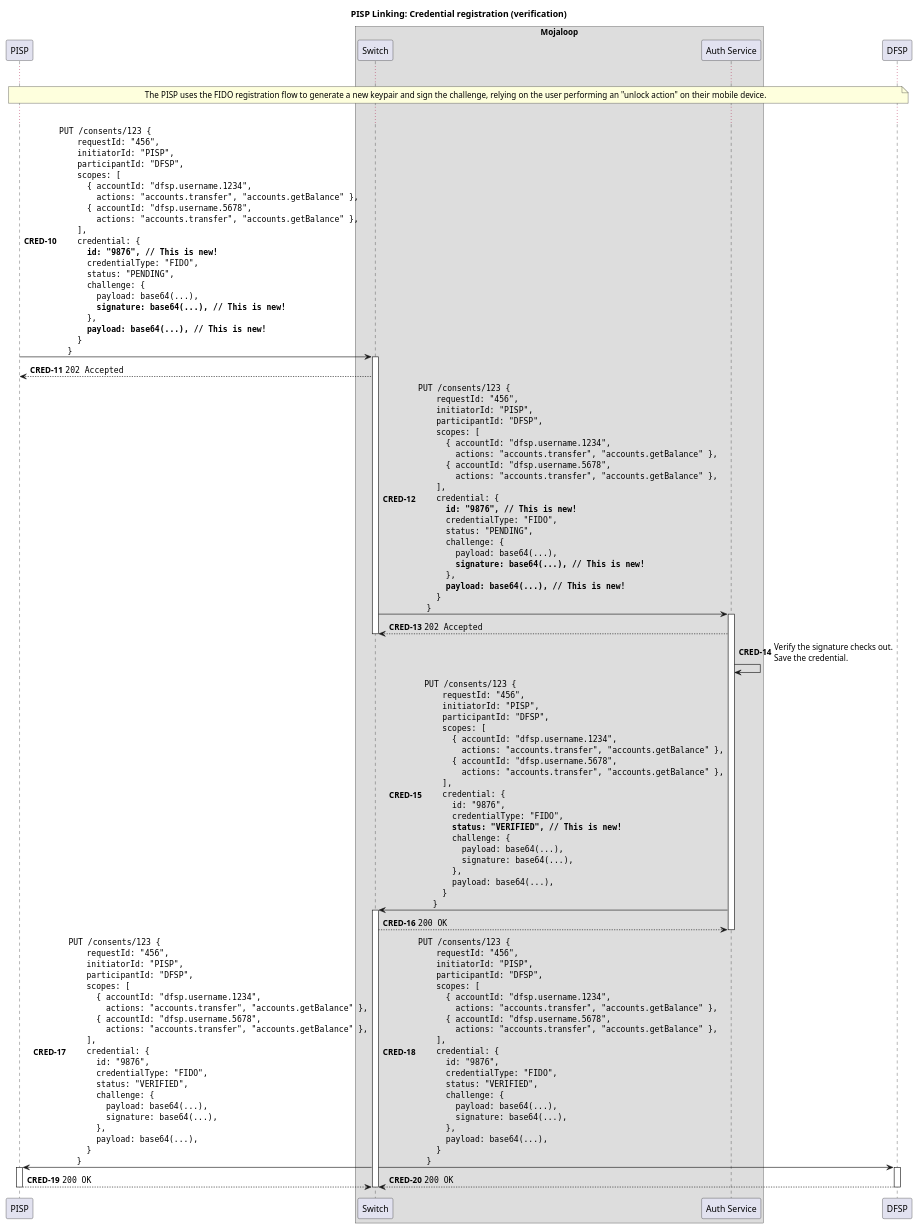
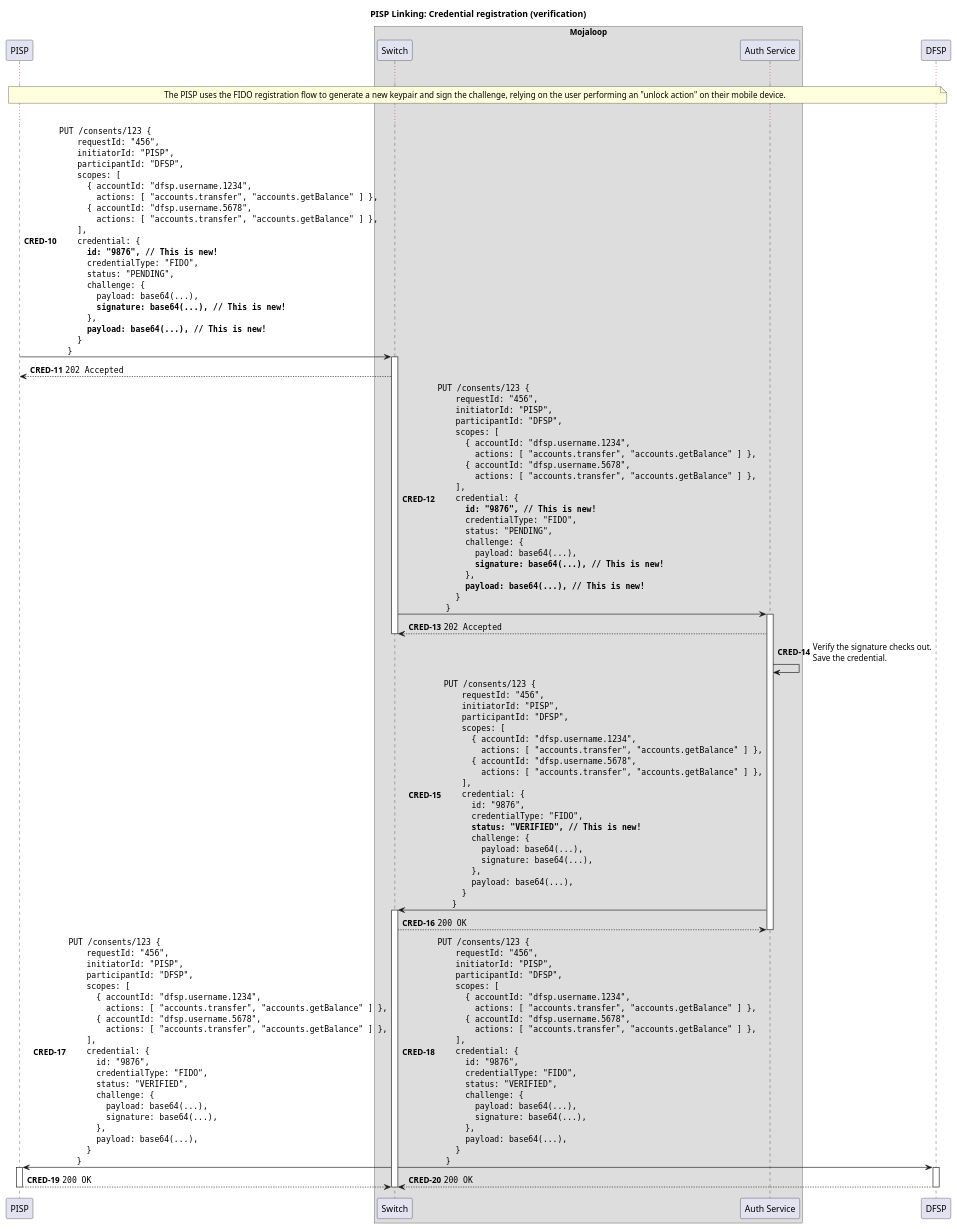
One commit to mojaloop/pisp-project changed the diagram in docs/linking/5b-credential-registration.puml. Above: the diagram before and after it, drawn with PlantUML. The commit also changed 6 other files, not shown here.

```diff
--- a/docs/linking/5b-credential-registration.puml
+++ b/docs/linking/5b-credential-registration.puml
@@ -1,145 +1,145 @@
 @startuml
 
 !pragma teoz true
 
 title PISP Linking: Credential registration (verification)
 
 participant "PISP" as PISP
 
 box "Mojaloop"
     participant Switch
     participant "Auth Service" as Auth
 end box
 
 participant "DFSP" as DFSP
 
 autonumber 10 "<b>CRED-#</b>"
 
 ...
 
 note over PISP, DFSP
     The PISP uses the FIDO registration flow to generate a new keypair and sign the challenge, relying on the user performing an "unlock action" on their mobile device.
 end note
 
 ...
 
 PISP -> Switch ++: ""PUT /consents/123 {""\n\
     ""  requestId: "456",""\n\
     ""  initiatorId: "PISP",""\n\
     ""  participantId: "DFSP",""\n\
     ""  scopes: [ ""\n\
     ""    { accountId: "dfsp.username.1234",""\n\
-    ""      actions: "accounts.transfer", "accounts.getBalance" },""\n\
+    ""      actions: [ "accounts.transfer", "accounts.getBalance" ] },""\n\
     ""    { accountId: "dfsp.username.5678",""\n\
-    ""      actions: "accounts.transfer", "accounts.getBalance" },""\n\
+    ""      actions: [ "accounts.transfer", "accounts.getBalance" ] },""\n\
     ""  ],""\n\
     ""  credential: {""\n\
     ""    **id: "9876", // This is new!**""\n\
     ""    credentialType: "FIDO",""\n\
     ""    status: "PENDING",""\n\
     ""    challenge: {""\n\
     ""      payload: base64(...),""\n\
     ""      **signature: base64(...), // This is new!**""\n\
     ""    },""\n\
     ""    **payload: base64(...), // This is new!**""\n\
     ""  }""\n\
     ""}""
 Switch --> PISP: ""202 Accepted""
 deactivate PISP
 
 Switch -> Auth ++: ""PUT /consents/123 {""\n\
     ""  requestId: "456",""\n\
     ""  initiatorId: "PISP",""\n\
     ""  participantId: "DFSP",""\n\
     ""  scopes: [ ""\n\
     ""    { accountId: "dfsp.username.1234",""\n\
-    ""      actions: "accounts.transfer", "accounts.getBalance" },""\n\
+    ""      actions: [ "accounts.transfer", "accounts.getBalance" ] },""\n\
     ""    { accountId: "dfsp.username.5678",""\n\
-    ""      actions: "accounts.transfer", "accounts.getBalance" },""\n\
+    ""      actions: [ "accounts.transfer", "accounts.getBalance" ] },""\n\
     ""  ],""\n\
     ""  credential: {""\n\
     ""    **id: "9876", // This is new!**""\n\
     ""    credentialType: "FIDO",""\n\
     ""    status: "PENDING",""\n\
     ""    challenge: {""\n\
     ""      payload: base64(...),""\n\
     ""      **signature: base64(...), // This is new!**""\n\
     ""    },""\n\
     ""    **payload: base64(...), // This is new!**""\n\
     ""  }""\n\
     ""}""
 Auth --> Switch: ""202 Accepted""
 deactivate Switch
 
 Auth -> Auth: Verify the signature checks out.\nSave the credential.
 Auth -> Switch ++: ""PUT /consents/123 {""\n\
     ""  requestId: "456",""\n\
     ""  initiatorId: "PISP",""\n\
     ""  participantId: "DFSP",""\n\
     ""  scopes: [ ""\n\
     ""    { accountId: "dfsp.username.1234",""\n\
-    ""      actions: "accounts.transfer", "accounts.getBalance" },""\n\
+    ""      actions: [ "accounts.transfer", "accounts.getBalance" ] },""\n\
     ""    { accountId: "dfsp.username.5678",""\n\
-    ""      actions: "accounts.transfer", "accounts.getBalance" },""\n\
+    ""      actions: [ "accounts.transfer", "accounts.getBalance" ] },""\n\
     ""  ],""\n\
     ""  credential: {""\n\
     ""    id: "9876",""\n\
     ""    credentialType: "FIDO",""\n\
     ""    **status: "VERIFIED", // This is new!**""\n\
     ""    challenge: {""\n\
     ""      payload: base64(...),""\n\
     ""      signature: base64(...),""\n\
     ""    },""\n\
     ""    payload: base64(...),""\n\
     ""  }""\n\
     ""}""
 Switch --> Auth: ""200 OK""
 deactivate Auth
 
 Switch -> PISP ++: ""PUT /consents/123 {""\n\
     ""  requestId: "456",""\n\
     ""  initiatorId: "PISP",""\n\
     ""  participantId: "DFSP",""\n\
     ""  scopes: [ ""\n\
     ""    { accountId: "dfsp.username.1234",""\n\
-    ""      actions: "accounts.transfer", "accounts.getBalance" },""\n\
+    ""      actions: [ "accounts.transfer", "accounts.getBalance" ] },""\n\
     ""    { accountId: "dfsp.username.5678",""\n\
-    ""      actions: "accounts.transfer", "accounts.getBalance" },""\n\
+    ""      actions: [ "accounts.transfer", "accounts.getBalance" ] },""\n\
     ""  ],""\n\
     ""  credential: {""\n\
     ""    id: "9876",""\n\
     ""    credentialType: "FIDO",""\n\
     ""    status: "VERIFIED",""\n\
     ""    challenge: {""\n\
     ""      payload: base64(...),""\n\
     ""      signature: base64(...),""\n\
     ""    },""\n\
     ""    payload: base64(...),""\n\
     ""  }""\n\
     ""}""
 & Switch -> DFSP ++: ""PUT /consents/123 {""\n\
     ""  requestId: "456",""\n\
     ""  initiatorId: "PISP",""\n\
     ""  participantId: "DFSP",""\n\
     ""  scopes: [ ""\n\
     ""    { accountId: "dfsp.username.1234",""\n\
-    ""      actions: "accounts.transfer", "accounts.getBalance" },""\n\
+    ""      actions: [ "accounts.transfer", "accounts.getBalance" ] },""\n\
     ""    { accountId: "dfsp.username.5678",""\n\
-    ""      actions: "accounts.transfer", "accounts.getBalance" },""\n\
+    ""      actions: [ "accounts.transfer", "accounts.getBalance" ] },""\n\
     ""  ],""\n\
     ""  credential: {""\n\
     ""    id: "9876",""\n\
     ""    credentialType: "FIDO",""\n\
     ""    status: "VERIFIED",""\n\
     ""    challenge: {""\n\
     ""      payload: base64(...),""\n\
     ""      signature: base64(...),""\n\
     ""    },""\n\
     ""    payload: base64(...),""\n\
     ""  }""\n\
     ""}""
 PISP --> Switch --: ""200 OK""
 & DFSP --> Switch --: ""200 OK""
 deactivate Switch
 
 @enduml
```
